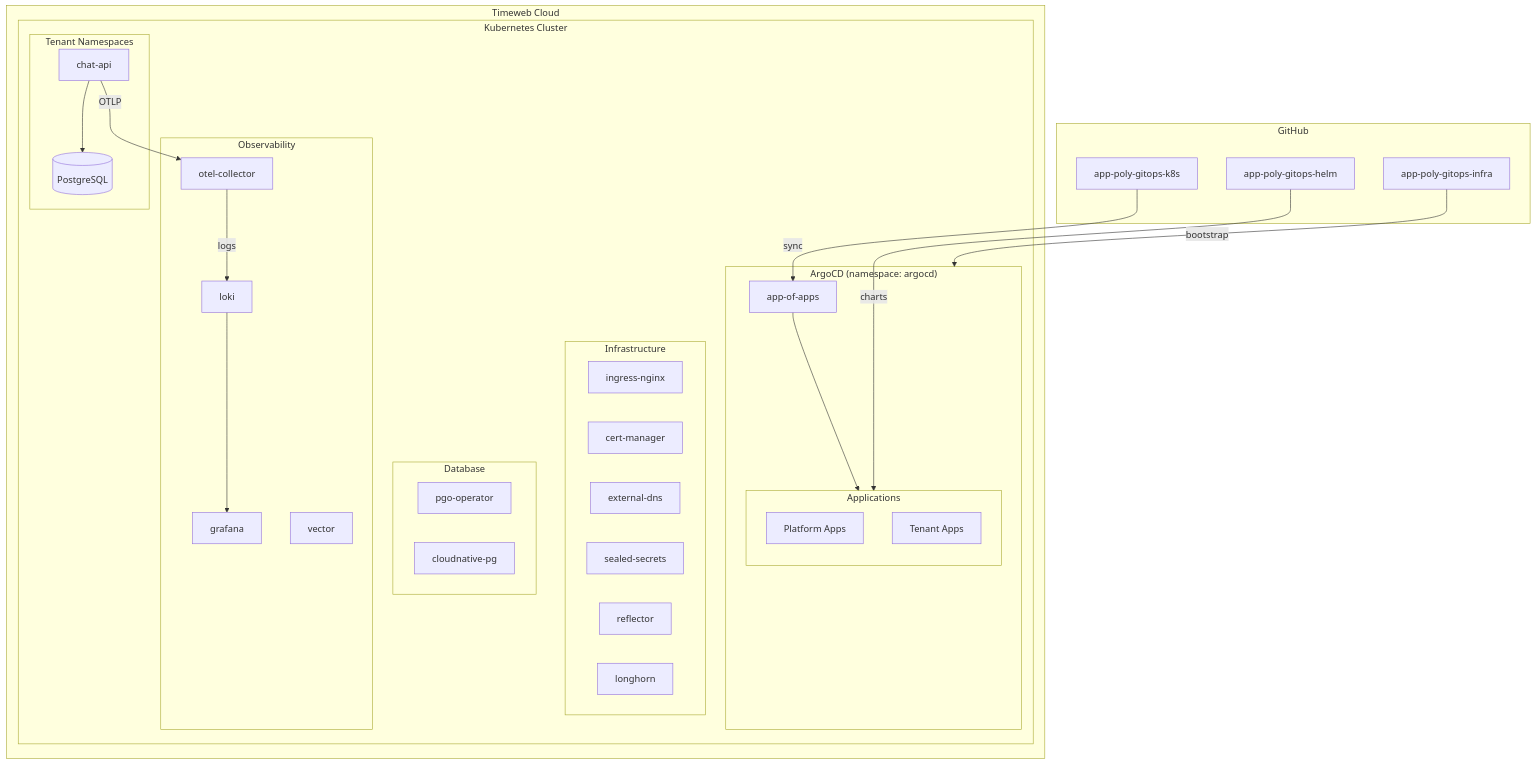
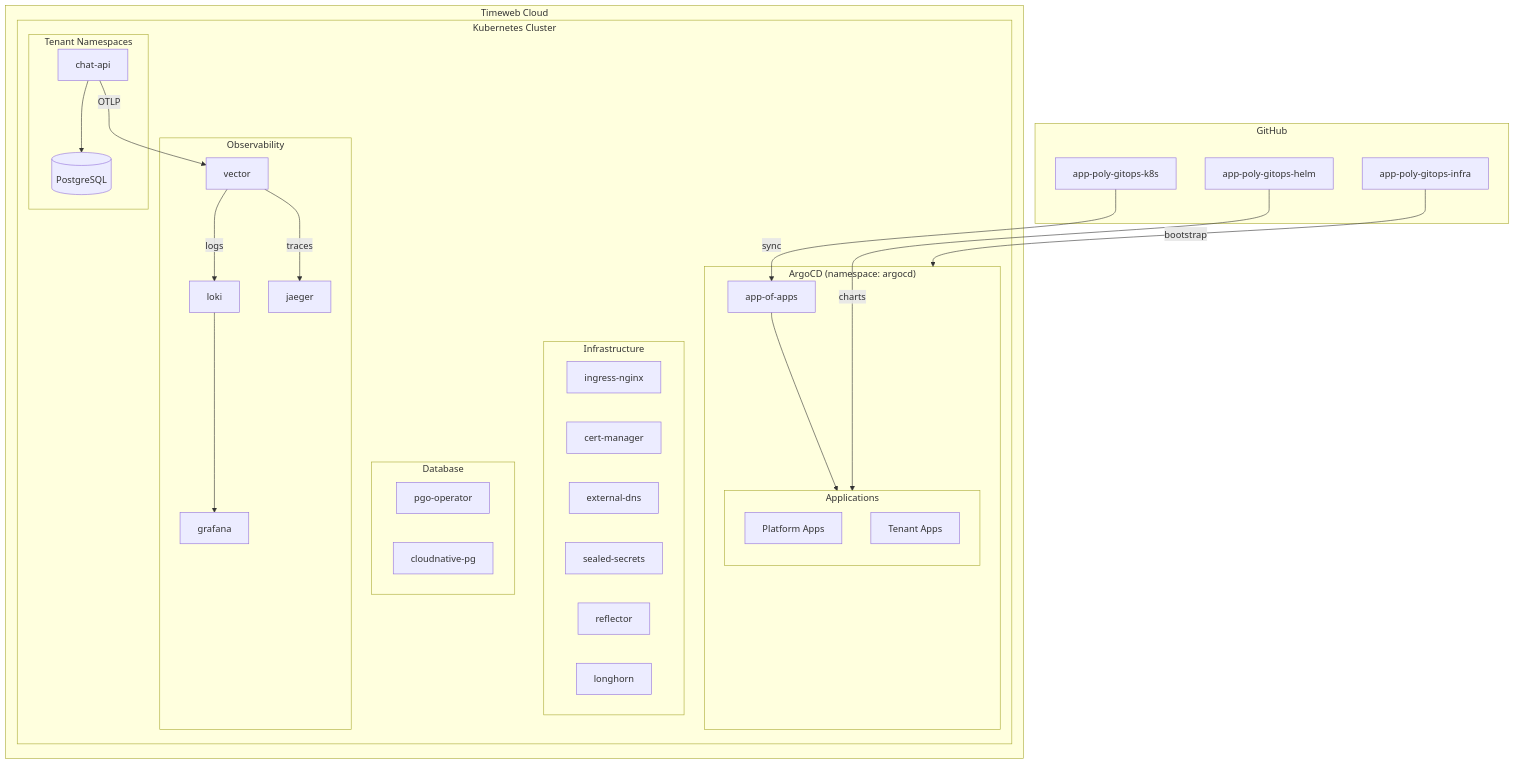
The diagram in docs/architecture.md (justgithubaccount/app-poly-gitops-k8s), drawn with Mermaid before and after one commit. The commit also changed other lines of this file and 11 other files, not shown here.

````diff
--- a/docs/architecture.md
+++ b/docs/architecture.md
@@ -9,58 +9,59 @@
 ```mermaid
 flowchart TB
     subgraph CLOUD["Timeweb Cloud"]
         subgraph K8S["Kubernetes Cluster"]
             subgraph ARGOCD["ArgoCD (namespace: argocd)"]
                 AOA[app-of-apps]
                 AOA --> APPS
             end
 
             subgraph APPS["Applications"]
                 direction TB
                 PLATFORM[Platform Apps]
                 TENANT[Tenant Apps]
             end
 
             subgraph INFRA["Infrastructure"]
                 NGINX[ingress-nginx]
                 CERT[cert-manager]
                 DNS[external-dns]
                 SEALED[sealed-secrets]
                 REFLECT[reflector]
                 LONG[longhorn]
             end
 
             subgraph DB["Database"]
                 PGO[pgo-operator]
                 CNPG[cloudnative-pg]
             end
 
             subgraph OBS["Observability"]
                 LOKI[loki]
                 GRAF[grafana]
-                OTEL[otel-collector]
                 VEC[vector]
+                JAEGER[jaeger]
             end
 
             subgraph TENANT_NS["Tenant Namespaces"]
                 CHAT[chat-api]
                 CHATDB[(PostgreSQL)]
             end
         end
     end
 
     subgraph GIT["GitHub"]
         K8S_REPO[app-poly-gitops-k8s]
         HELM_REPO[app-poly-gitops-helm]
         INFRA_REPO[app-poly-gitops-infra]
     end
 
     K8S_REPO -->|sync| AOA
     HELM_REPO -->|charts| APPS
     INFRA_REPO -->|bootstrap| ARGOCD
 
     CHAT --> CHATDB
-    CHAT -->|OTLP| OTEL
-    OTEL -->|logs| LOKI
+    CHAT -->|OTLP| VEC
+    VEC -->|logs| LOKI
+    VEC -->|traces| JAEGER
     LOKI --> GRAF
 ```
````
